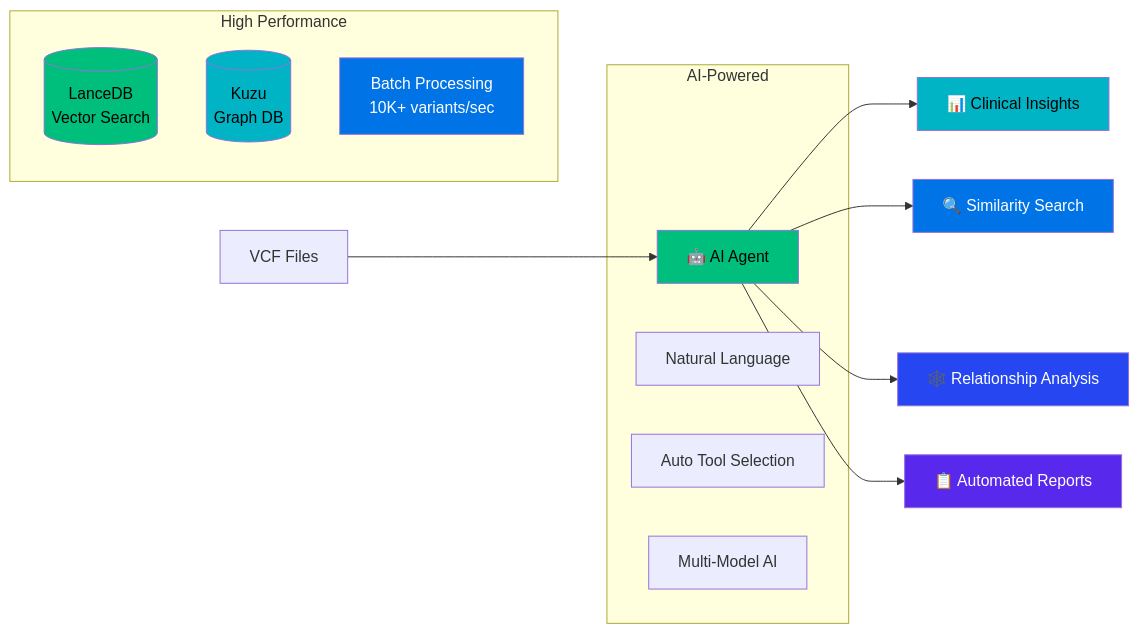
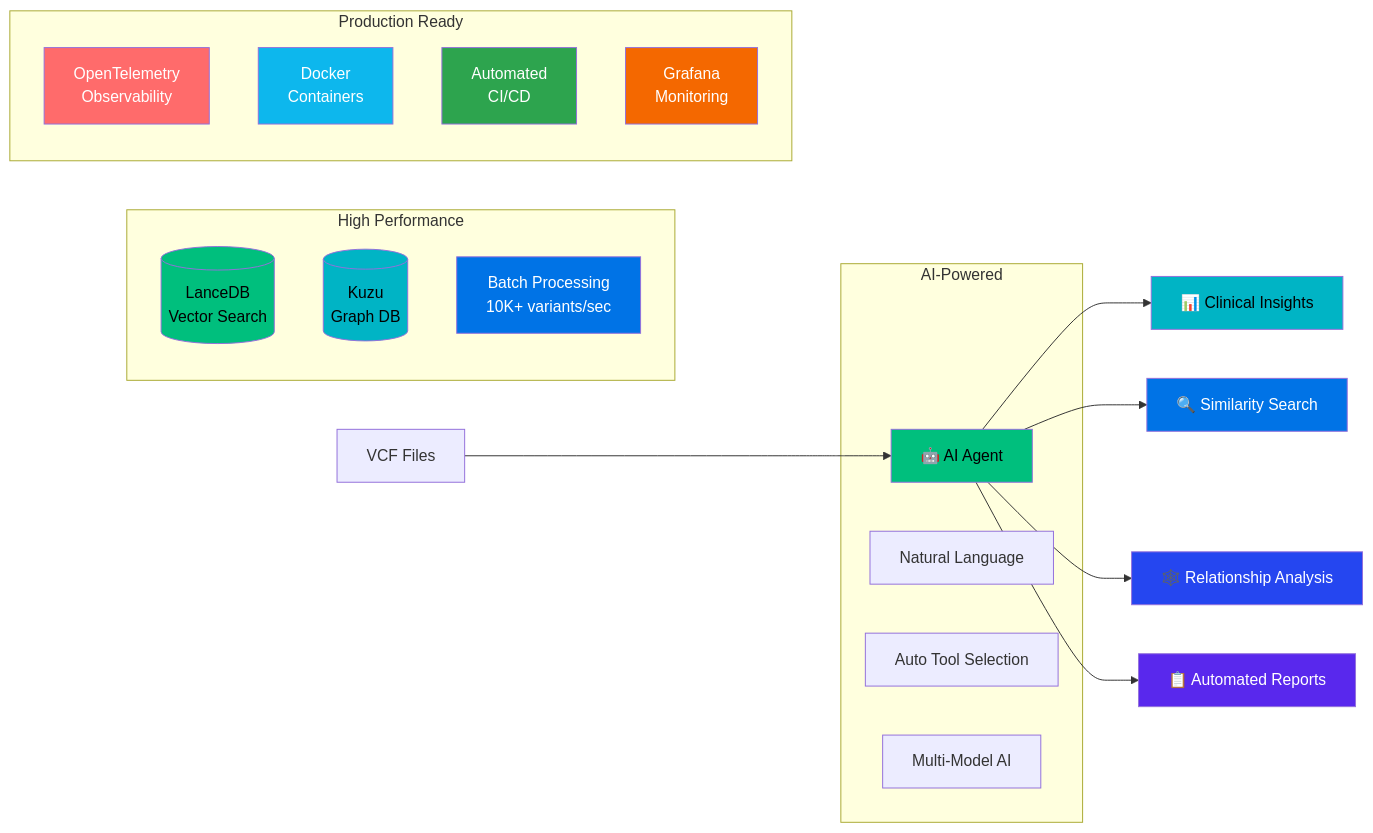
One commit to elementalcollision/vcf_analysis changed the first of 13 diagrams in README.md. Above: the diagram before and after it, drawn with Mermaid. The commit also changed other lines of this file and 18 other files, not shown here.

````diff
--- a/README.md
+++ b/README.md
@@ -39,30 +55,41 @@
 ```mermaid
 flowchart LR
     VCF[VCF Files] --> AGENT[🤖 AI Agent]
     AGENT --> INSIGHTS[📊 Clinical Insights]
     AGENT --> SEARCH[🔍 Similarity Search]
     AGENT --> GRAPH[🕸️ Relationship Analysis]
     AGENT --> REPORTS[📋 Automated Reports]
     
     subgraph "AI-Powered"
         AGENT
         NLP[Natural Language]
         AUTO[Auto Tool Selection]
         MULTI[Multi-Model AI]
     end
     
     subgraph "High Performance"
         LANCE[(LanceDB<br/>Vector Search)]
         KUZU[(Kuzu<br/>Graph DB)]
         BATCH[Batch Processing<br/>10K+ variants/sec]
     end
     
+    subgraph "Production Ready"
+        OTEL[OpenTelemetry<br/>Observability]
+        DOCKER[Docker<br/>Containers]
+        CICD[Automated<br/>CI/CD]
+        MON[Grafana<br/>Monitoring]
+    end
+    
     style AGENT fill:#00bf7d,color:#000000
     style INSIGHTS fill:#00b4c5,color:#000000
     style SEARCH fill:#0073e6,color:#ffffff
     style GRAPH fill:#2546f0,color:#ffffff
     style REPORTS fill:#5928ed,color:#ffffff
     style LANCE fill:#00bf7d,color:#000000
     style KUZU fill:#00b4c5,color:#000000
     style BATCH fill:#0073e6,color:#ffffff
+    style OTEL fill:#ff6b6b,color:#ffffff
+    style DOCKER fill:#0db7ed,color:#ffffff
+    style CICD fill:#2da44e,color:#ffffff
+    style MON fill:#f46800,color:#ffffff
 ```
````
